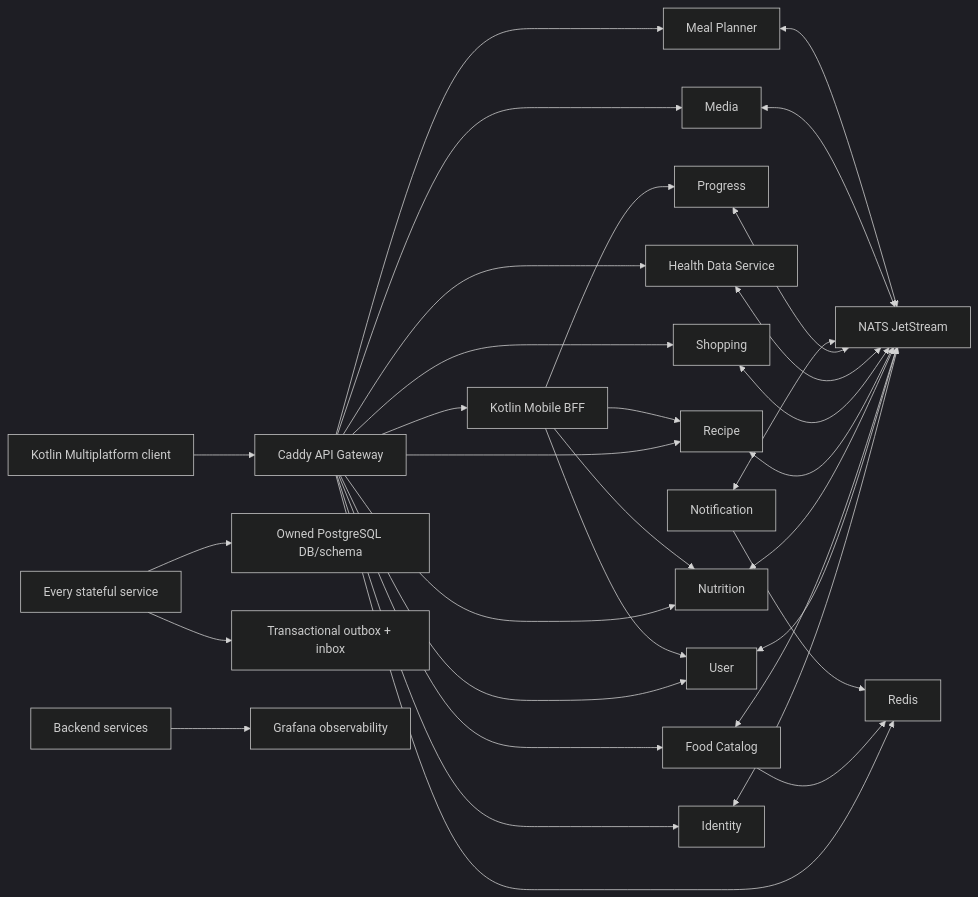
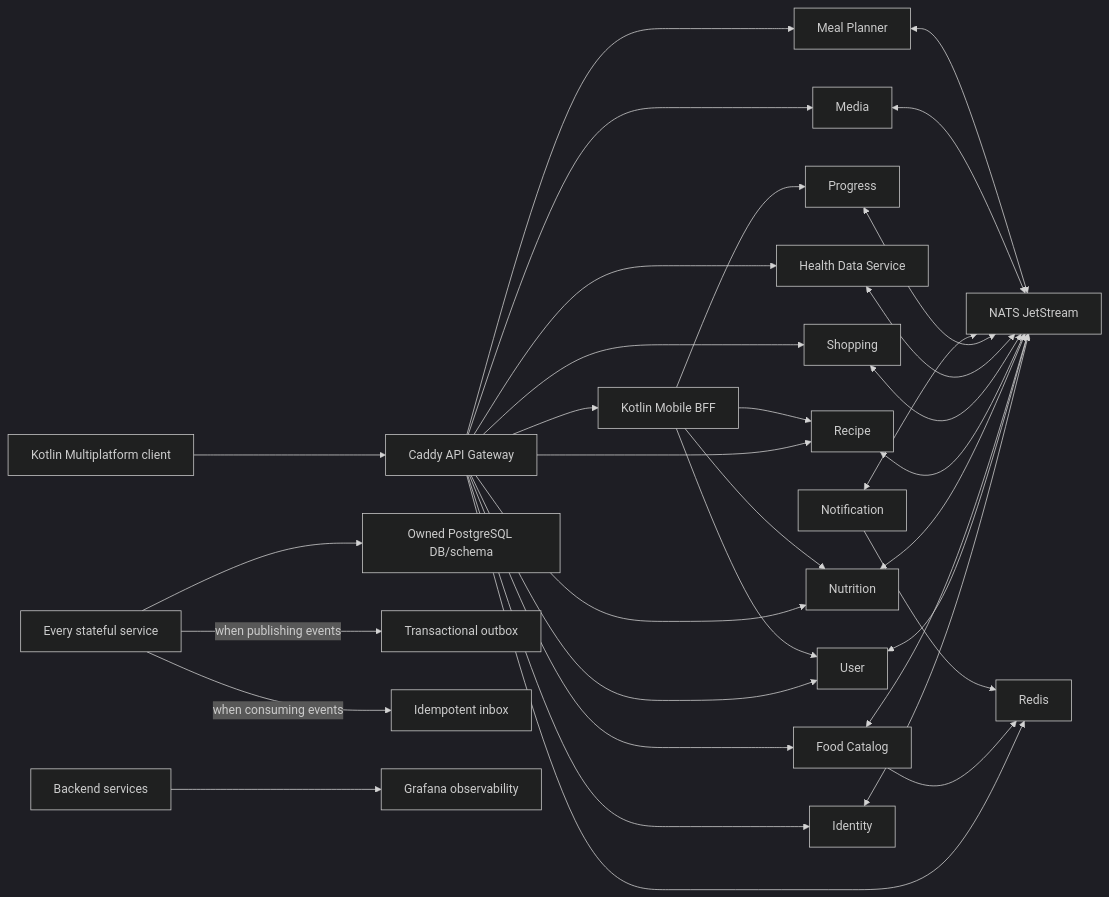
The diagram in docs/architecture/overview.md (COOKieProjectTeam/cookie), drawn with Mermaid (dark theme) before and after one commit. The commit also changed other lines of this file and 125 other files, not shown here.

````diff
--- a/docs/architecture/overview.md
+++ b/docs/architecture/overview.md
@@ -8,39 +8,40 @@
 ```mermaid
 flowchart LR
     Client["Kotlin Multiplatform client"] --> Gateway["Caddy API Gateway"]
     Gateway --> BFF["Kotlin Mobile BFF"]
     Gateway --> Identity
     Gateway --> User
     Gateway --> FoodCatalog["Food Catalog"]
     Gateway --> Nutrition
     Gateway --> Recipe
     Gateway --> Shopping
     Gateway --> HealthData["Health Data Service"]
     Gateway --> Media
     Gateway --> MealPlanner["Meal Planner"]
 
     BFF --> User
     BFF --> Nutrition
     BFF --> Recipe
     BFF --> Progress
 
     Identity <--> Bus["NATS JetStream"]
     User <--> Bus
     FoodCatalog <--> Bus
     Nutrition <--> Bus
     Recipe <--> Bus
     Shopping <--> Bus
     HealthData <--> Bus
     Progress <--> Bus
     Notification <--> Bus
     Media <--> Bus
     MealPlanner <--> Bus
 
     DomainServices["Every stateful service"] --> PG["Owned PostgreSQL DB/schema"]
-    DomainServices --> Pattern["Transactional outbox + inbox"]
+    DomainServices -->|when publishing events| Outbox["Transactional outbox"]
+    DomainServices -->|when consuming events| Inbox["Idempotent inbox"]
 
     Gateway --> Redis
     FoodCatalog --> Redis
     Notification --> Redis
     Services["Backend services"] --> Grafana["Grafana observability"]
 ```
````
